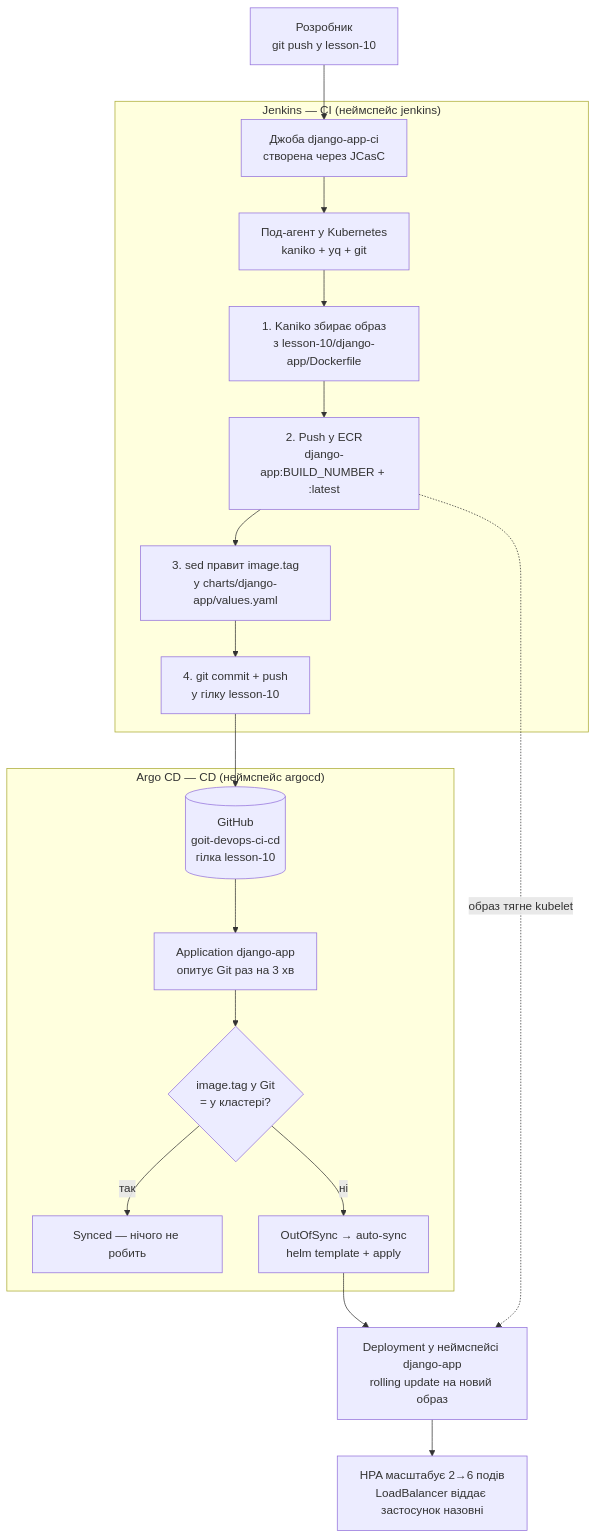
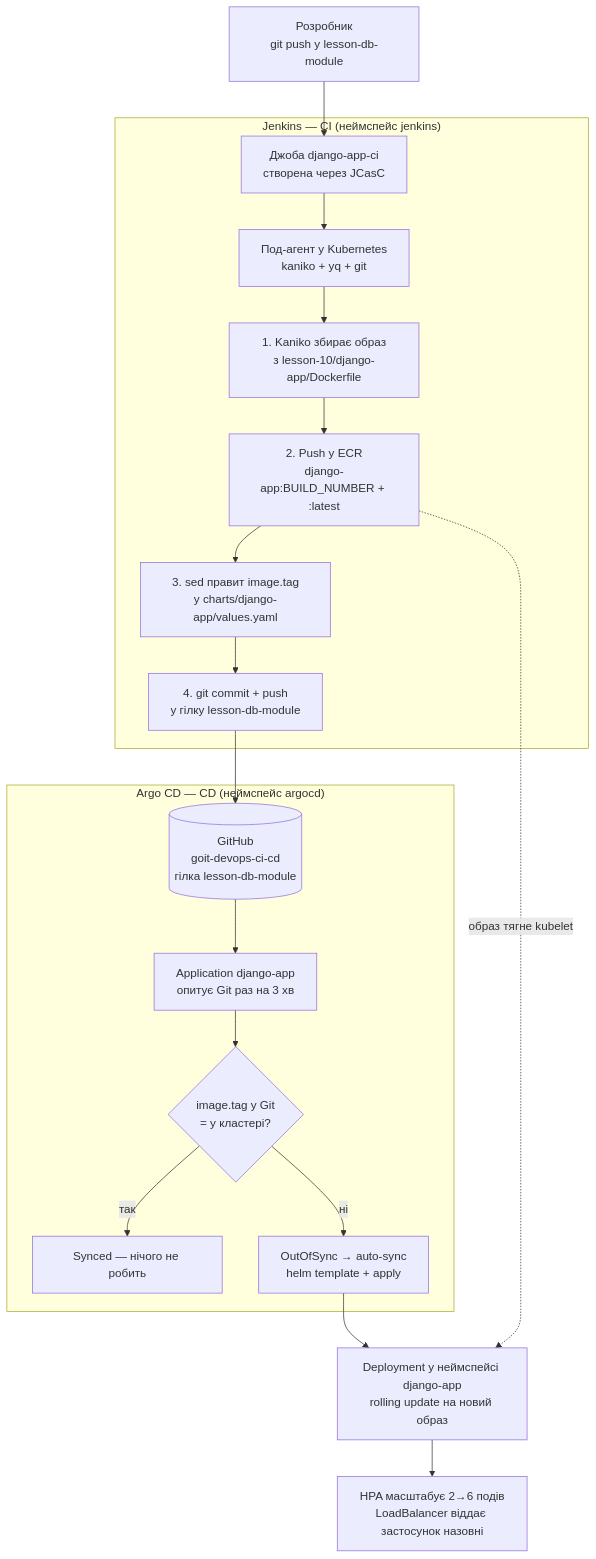
One commit to rrostyslav/goit-devops-ci-cd changed the diagram in lesson-10/README.md. Above: the diagram before and after it, drawn with Mermaid. The commit also changed other lines of this file and 3 other files, not shown here.

Commit message:
Rename the work branch to lesson-db-module and point the CI/CD contract at it

````diff
--- a/lesson-10/README.md
+++ b/lesson-10/README.md
@@ -51,25 +56,25 @@
 ```mermaid
 flowchart TD
-    DEV["Розробник<br/>git push у lesson-10"] --> JOB
+    DEV["Розробник<br/>git push у lesson-db-module"] --> JOB
 
     subgraph CI["Jenkins — CI (неймспейс jenkins)"]
         JOB["Джоба django-app-ci<br/>створена через JCasC"] --> POD["Под-агент у Kubernetes<br/>kaniko + yq + git"]
         POD --> BUILD["1. Kaniko збирає образ<br/>з lesson-10/django-app/Dockerfile"]
         BUILD --> PUSH["2. Push у ECR<br/>django-app:BUILD_NUMBER + :latest"]
         PUSH --> EDIT["3. sed правит image.tag<br/>у charts/django-app/values.yaml"]
-        EDIT --> COMMIT["4. git commit + push<br/>у гілку lesson-10"]
+        EDIT --> COMMIT["4. git commit + push<br/>у гілку lesson-db-module"]
     end
 
-    COMMIT --> GIT[("GitHub<br/>goit-devops-ci-cd<br/>гілка lesson-10")]
+    COMMIT --> GIT[("GitHub<br/>goit-devops-ci-cd<br/>гілка lesson-db-module")]
 
     subgraph CD["Argo CD — CD (неймспейс argocd)"]
         GIT --> WATCH["Application django-app<br/>опитує Git раз на 3 хв"]
         WATCH --> DIFF{"image.tag у Git<br/>= у кластері?"}
         DIFF -->|так| IDLE["Synced — нічого не робить"]
         DIFF -->|ні| SYNC["OutOfSync → auto-sync<br/>helm template + apply"]
     end
 
     SYNC --> K8S["Deployment у неймспейсі django-app<br/>rolling update на новий образ"]
     PUSH -.->|образ тягне kubelet| K8S
     K8S --> HPA["HPA масштабує 2→6 подів<br/>LoadBalancer віддає застосунок назовні"]
 ```
````
